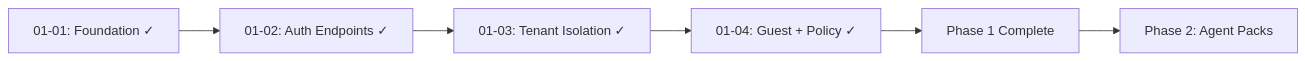
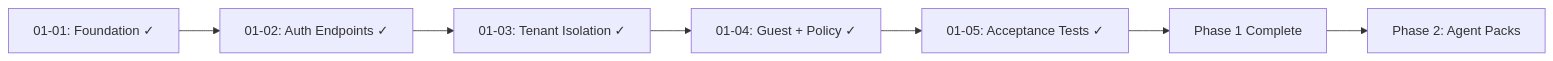
One commit to hungphongtrn/minerva changed the diagram in .planning/STATE.md. Above: the diagram before and after it, drawn with Mermaid. The commit also changed other lines of this file and 1 other file, not shown here.

First line of the commit message:
docs(01-05): complete Phase 1 with acceptance tests and summary

````diff
--- a/.planning/STATE.md
+++ b/.planning/STATE.md
@@ -18,8 +18,9 @@
 ```mermaid
 flowchart LR
   S1[01-01: Foundation ✓] --> S2[01-02: Auth Endpoints ✓]
   S2 --> S3[01-03: Tenant Isolation ✓]
   S3 --> S4[01-04: Guest + Policy ✓]
-  S4 --> S5[Phase 1 Complete]
-  S5 --> S6[Phase 2: Agent Packs]
+  S4 --> S5[01-05: Acceptance Tests ✓]
+  S5 --> S6[Phase 1 Complete]
+  S6 --> S7[Phase 2: Agent Packs]
 ```
````
